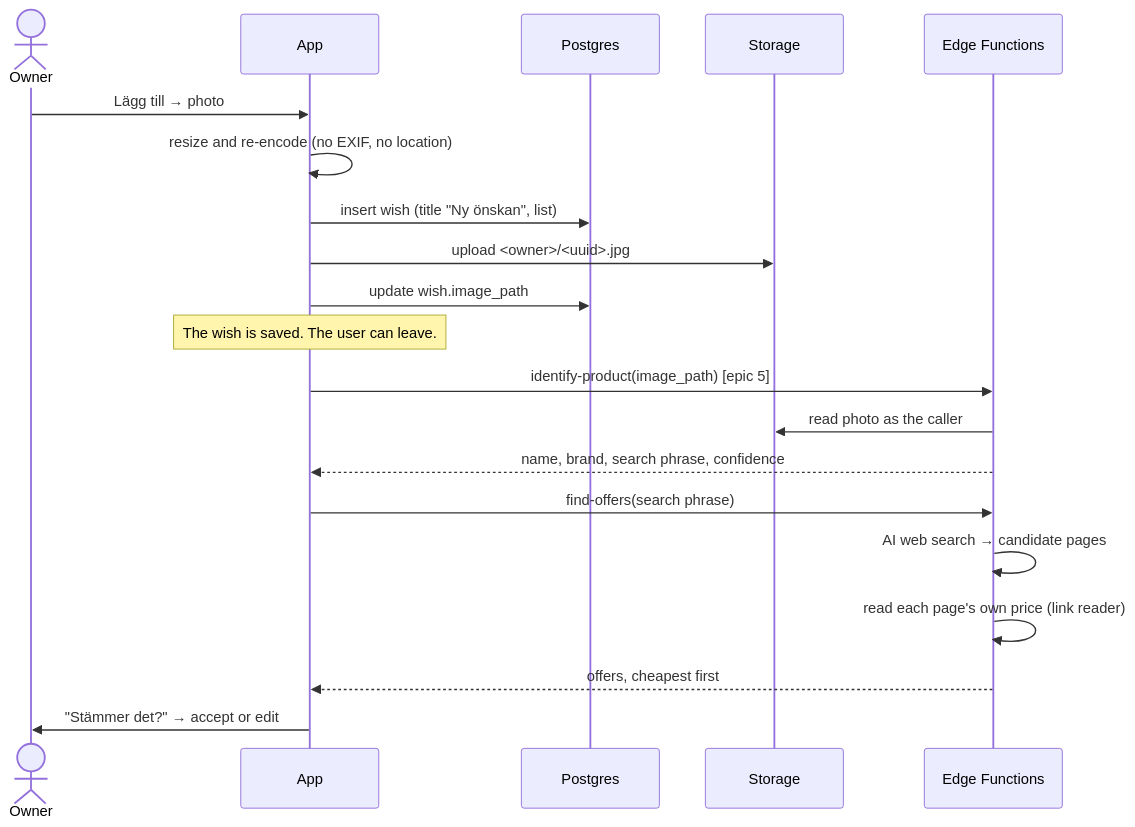
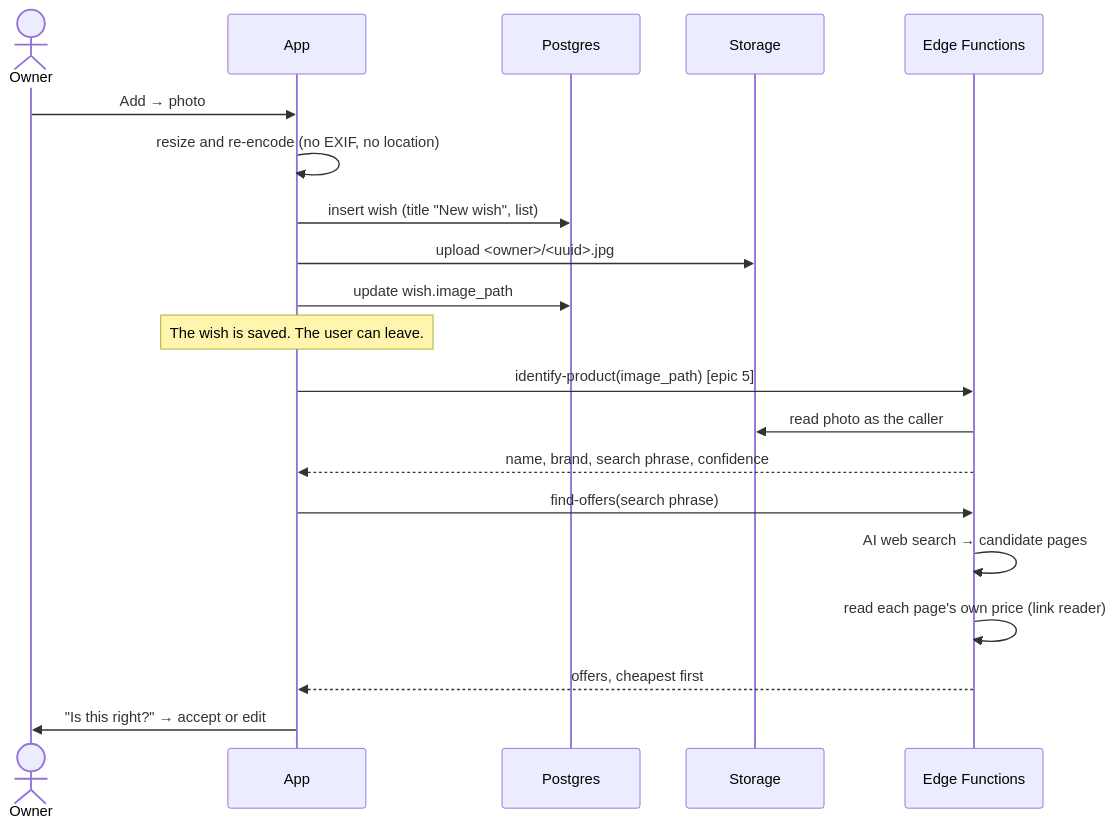
Before and after one commit to PatrikNoordh/wishing-well: the second of 3 diagrams in docs/architecture.md, drawn with Mermaid. The commit also changed other lines of this file and 23 other files, not shown here.

````diff
--- a/docs/architecture.md
+++ b/docs/architecture.md
@@ -62,22 +62,22 @@
 ```mermaid
 sequenceDiagram
   actor U as Owner
   participant App
   participant DB as Postgres
   participant St as Storage
   participant Fn as Edge Functions
-  U->>App: Lägg till → photo
+  U->>App: Add → photo
   App->>App: resize and re-encode (no EXIF, no location)
-  App->>DB: insert wish (title "Ny önskan", list)
+  App->>DB: insert wish (title "New wish", list)
   App->>St: upload <owner>/<uuid>.jpg
   App->>DB: update wish.image_path
   Note over App: The wish is saved. The user can leave.
   App->>Fn: identify-product(image_path)   [epic 5]
   Fn->>St: read photo as the caller
   Fn-->>App: name, brand, search phrase, confidence
   App->>Fn: find-offers(search phrase)
   Fn->>Fn: AI web search → candidate pages
   Fn->>Fn: read each page's own price (link reader)
   Fn-->>App: offers, cheapest first
-  App->>U: "Stämmer det?" → accept or edit
+  App->>U: "Is this right?" → accept or edit
 ```
````
